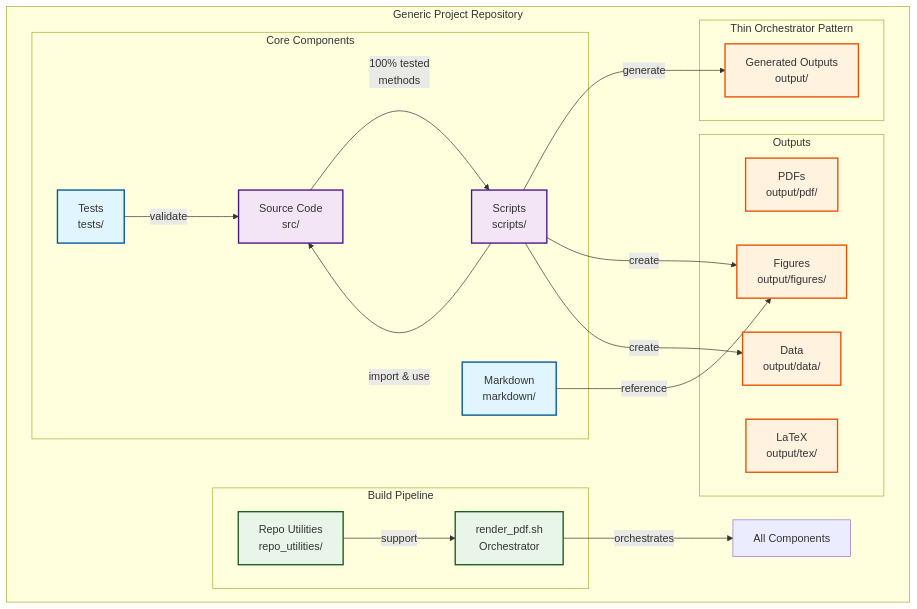
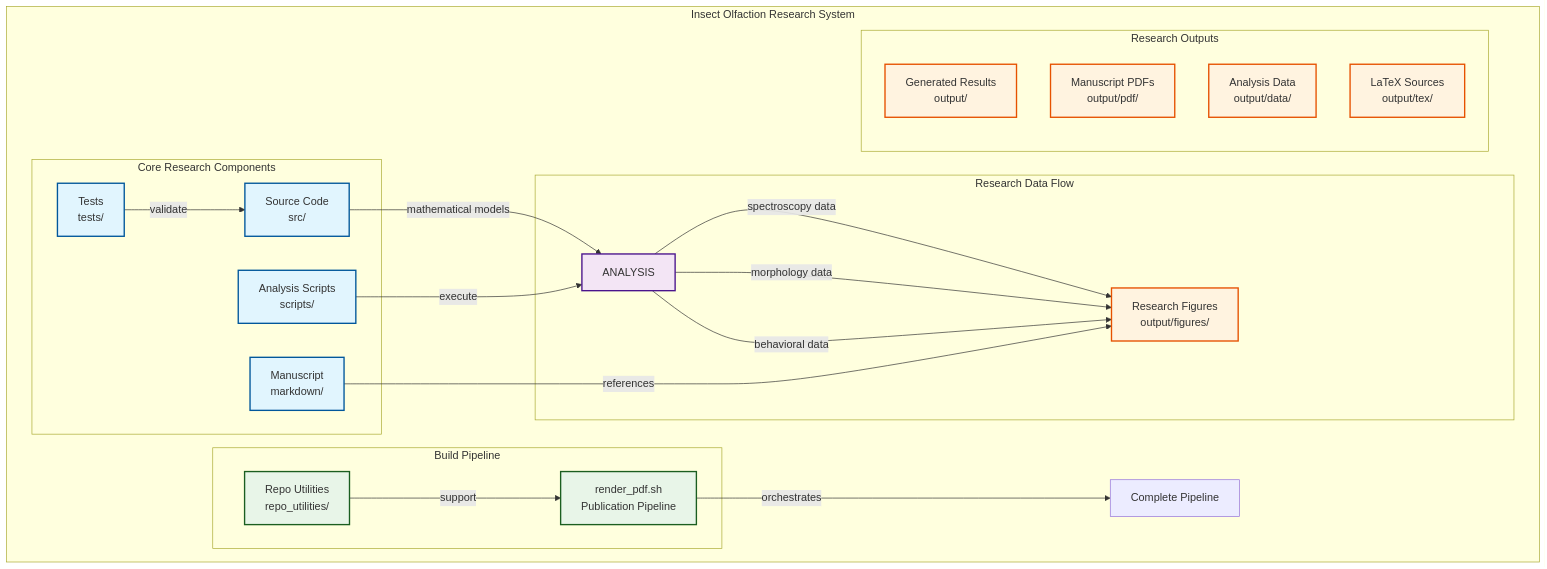
One commit to docxology/cohereants changed the first of 4 diagrams in ARCHITECTURE.md. Above: the diagram before and after it, drawn with Mermaid. The commit also changed other lines of this file and 210 other files, not shown here.

````diff
--- a/ARCHITECTURE.md
+++ b/ARCHITECTURE.md
@@ -7,47 +7,47 @@
 ```mermaid
 graph TB
-    subgraph "Generic Project Repository"
-        subgraph "Core Components"
+    subgraph "Insect Olfaction Research System"
+        subgraph "Core Research Components"
             SRC[Source Code<br/>src/]
             TESTS[Tests<br/>tests/]
-            SCRIPTS[Scripts<br/>scripts/]
-            MD[Markdown<br/>markdown/]
+            SCRIPTS[Analysis Scripts<br/>scripts/]
+            MD[Manuscript<br/>markdown/]
         end
-        
-        subgraph "Thin Orchestrator Pattern"
-            SRC -->|"100% tested<br/>methods"| SCRIPTS
-            SCRIPTS -->|"import & use"| SRC
-            SCRIPTS -->|"generate"| OUTPUTS
+
+        subgraph "Research Data Flow"
+            SRC -->|"mathematical models"| ANALYSIS
+            ANALYSIS -->|"spectroscopy data"| FIGS
+            ANALYSIS -->|"morphology data"| FIGS
+            ANALYSIS -->|"behavioral data"| FIGS
         end
-        
+
         subgraph "Build Pipeline"
             REPO_UTILS[Repo Utilities<br/>repo_utilities/]
-            RENDER[render_pdf.sh<br/>Orchestrator]
+            RENDER[render_pdf.sh<br/>Publication Pipeline]
         end
-        
-        subgraph "Outputs"
-            OUTPUTS[Generated Outputs<br/>output/]
-            PDFS[PDFs<br/>output/pdf/]
-            FIGS[Figures<br/>output/figures/]
-            DATA[Data<br/>output/data/]
-            TEX[LaTeX<br/>output/tex/]
+
+        subgraph "Research Outputs"
+            OUTPUTS[Generated Results<br/>output/]
+            PDFS[Manuscript PDFs<br/>output/pdf/]
+            FIGS[Research Figures<br/>output/figures/]
+            DATA[Analysis Data<br/>output/data/]
+            TEX[LaTeX Sources<br/>output/tex/]
         end
-        
+
         TESTS -->|"validate"| SRC
-        SCRIPTS -->|"create"| FIGS
-        SCRIPTS -->|"create"| DATA
-        MD -->|"reference"| FIGS
-        RENDER -->|"orchestrates"| ALL[All Components]
+        SCRIPTS -->|"execute"| ANALYSIS
+        MD -->|"references"| FIGS
+        RENDER -->|"orchestrates"| ALL[Complete Pipeline]
         REPO_UTILS -->|"support"| RENDER
     end
-    
-    classDef core fill:#e1f5fe,stroke:#01579b,stroke-width:2px
-    classDef pattern fill:#f3e5f5,stroke:#4a148c,stroke-width:2px
+
+    classDef research fill:#e1f5fe,stroke:#01579b,stroke-width:2px
+    classDef analysis fill:#f3e5f5,stroke:#4a148c,stroke-width:2px
     classDef pipeline fill:#e8f5e8,stroke:#1b5e20,stroke-width:2px
     classDef outputs fill:#fff3e0,stroke:#e65100,stroke-width:2px
-    
-    class SRC,TESTS,SCRIPTS,MD core
-    class SRC,SCRIPTS pattern
+
+    class SRC,TESTS,SCRIPTS,MD research
+    class ANALYSIS analysis
     class REPO_UTILS,RENDER pipeline
     class OUTPUTS,PDFS,FIGS,DATA,TEX outputs
 ```
````
